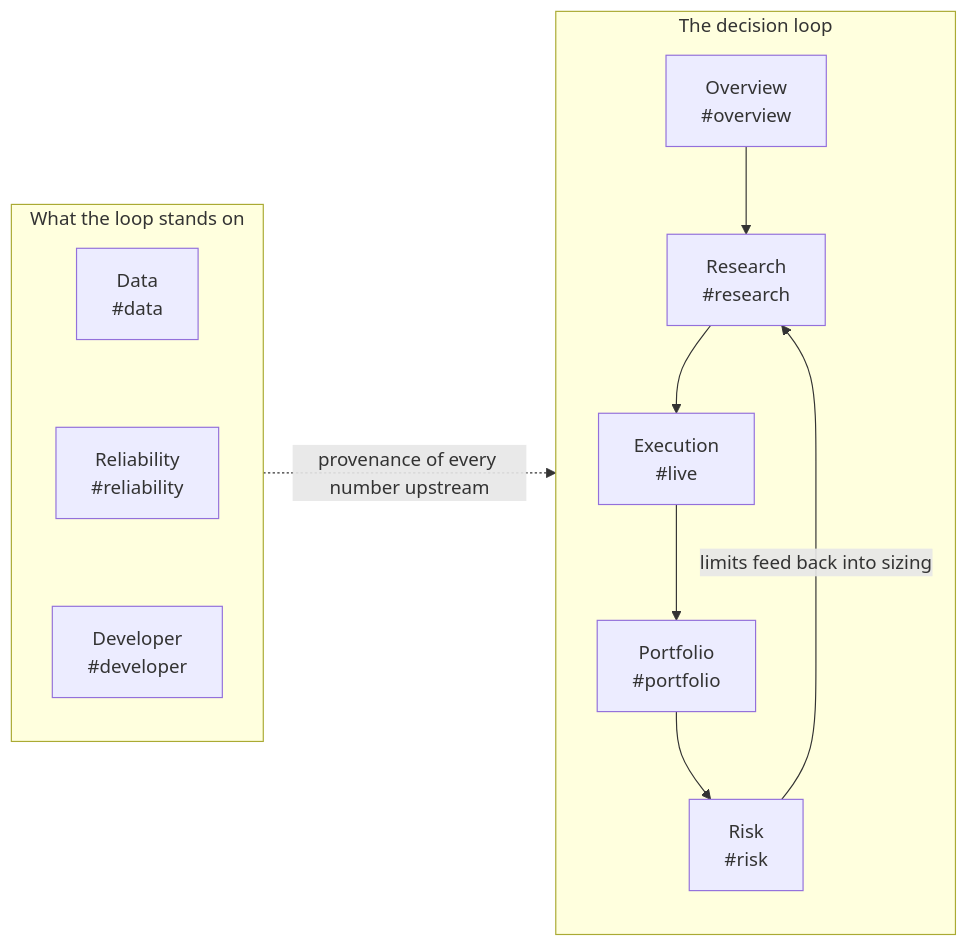
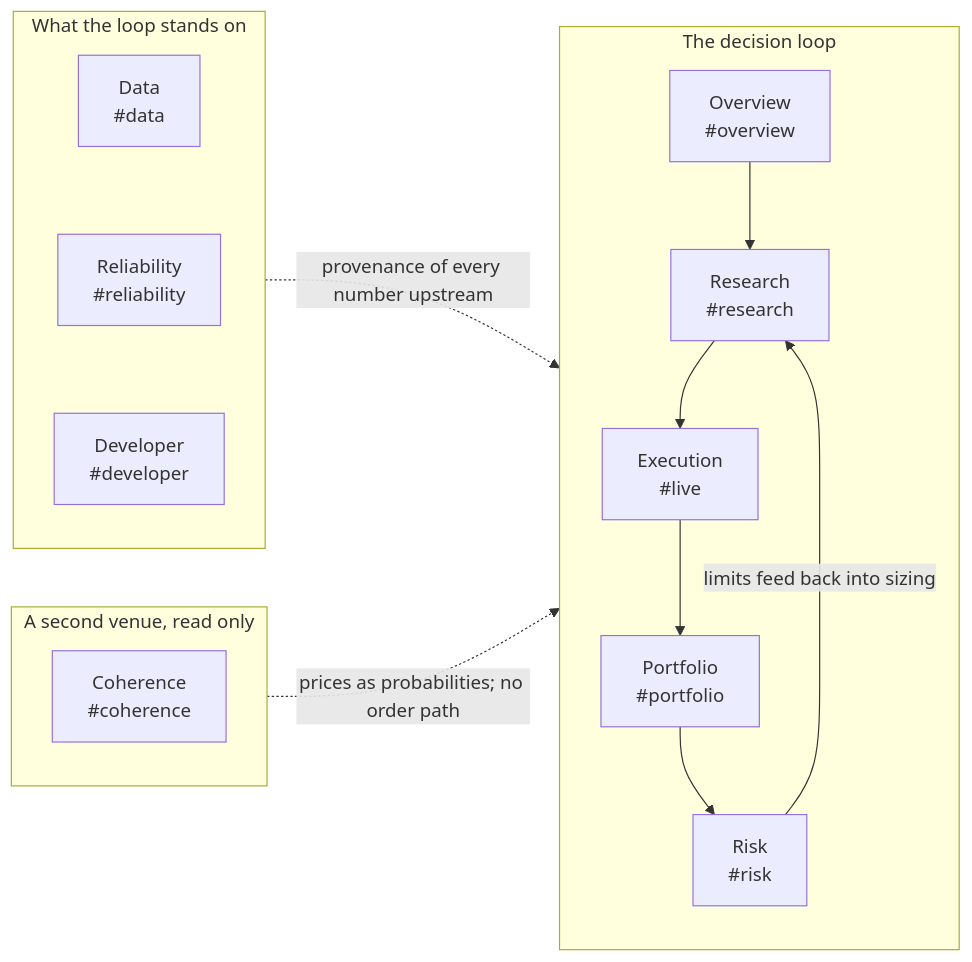
Before and after one commit to Manutd1234/AlphaEngine: the first of 2 diagrams in docs/product/PRODUCT_GUIDE.md, drawn with Mermaid. The commit also changed other lines of this file and 16 other files, not shown here.

````diff
--- a/docs/product/PRODUCT_GUIDE.md
+++ b/docs/product/PRODUCT_GUIDE.md
@@ -35,14 +45,18 @@
 ```mermaid
 flowchart LR
     subgraph loop["The decision loop"]
         O["Overview<br/>#overview"] --> R["Research<br/>#research"]
         R --> E["Execution<br/>#live"]
         E --> P["Portfolio<br/>#portfolio"]
         P --> K["Risk<br/>#risk"]
         K -- "limits feed back into sizing" --> R
     end
     subgraph ground["What the loop stands on"]
         D["Data<br/>#data"] ~~~ Y["Reliability<br/>#reliability"] ~~~ V["Developer<br/>#developer"]
     end
+    subgraph venue["A second venue, read only"]
+        C["Coherence<br/>#coherence"]
+    end
     ground -. "provenance of every number upstream" .-> loop
+    venue -. "prices as probabilities; no order path" .-> loop
 ```
````
